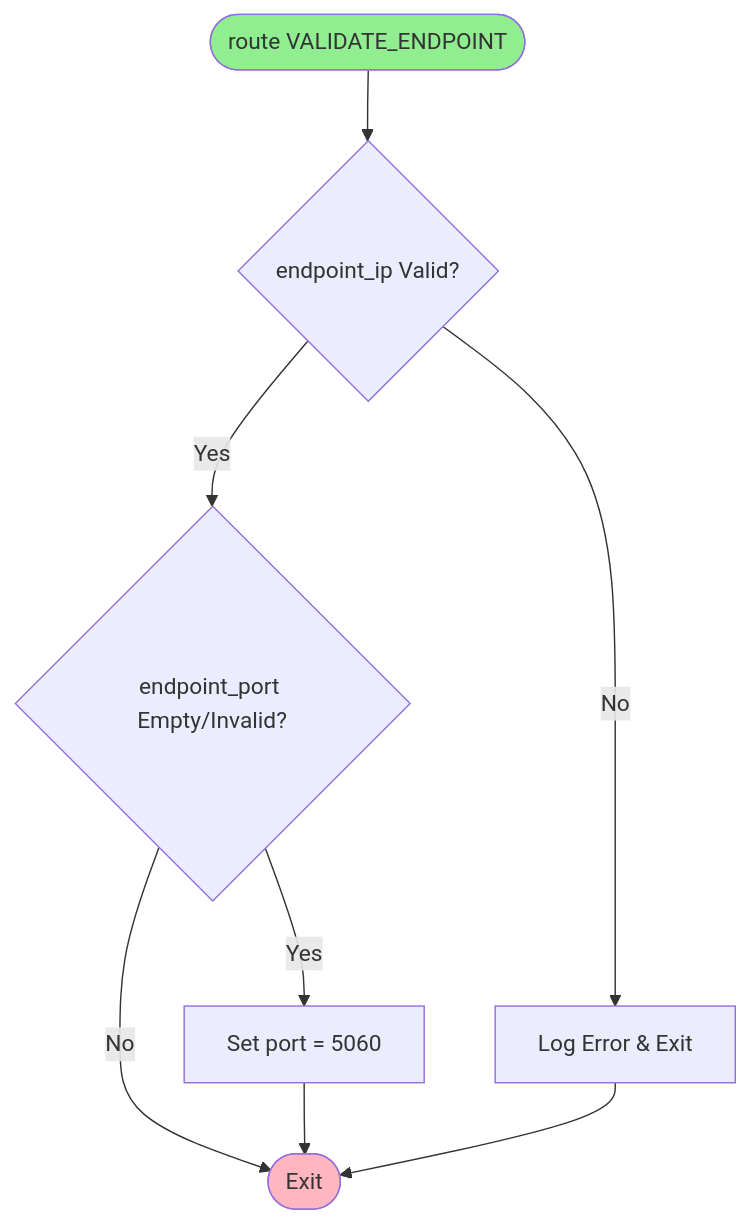
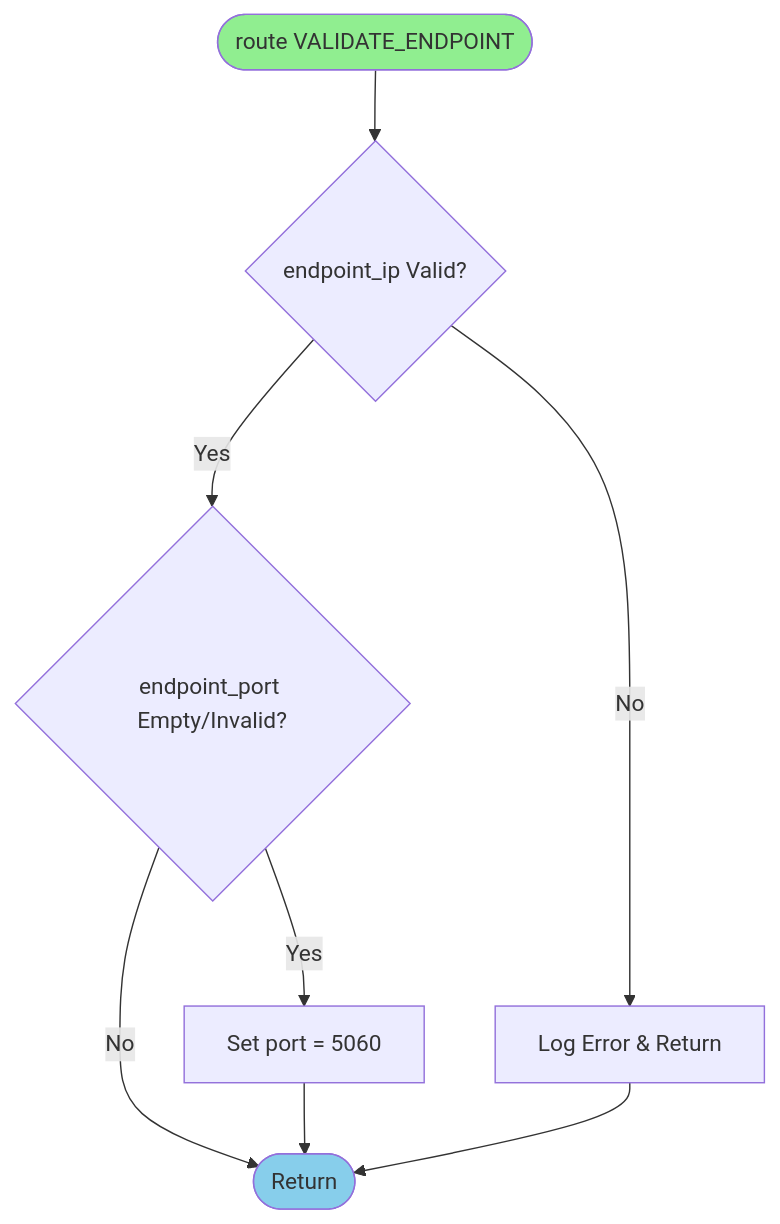
One commit to aelintra/pbx3sbc changed the third of 13 diagrams in docs/OPENSIPS-LOGIC-DIAGRAM.md. Above: the diagram before and after it, drawn with Mermaid. The commit also changed other lines of this file, not shown here.

First line of the commit message:
Update OPENSIPS-LOGIC-DIAGRAM to match current configuration

````diff
--- a/docs/OPENSIPS-LOGIC-DIAGRAM.md
+++ b/docs/OPENSIPS-LOGIC-DIAGRAM.md
@@ -120,13 +121,13 @@
 ```mermaid
 flowchart TD
     Start([route VALIDATE_ENDPOINT]) --> CheckIP{endpoint_ip Valid?}
-    CheckIP -->|No| LogError[Log Error & Exit]
+    CheckIP -->|No| LogError[Log Error & Return]
     CheckIP -->|Yes| CheckPort{endpoint_port Empty/Invalid?}
     CheckPort -->|Yes| SetDefaultPort[Set port = 5060]
-    CheckPort -->|No| End([Exit])
-    SetDefaultPort --> End
-    LogError --> End
+    CheckPort -->|No| Return1([Return])
+    SetDefaultPort --> Return1
+    LogError --> Return1
     
     style Start fill:#90EE90
-    style End fill:#FFB6C1
+    style Return1 fill:#87CEEB
 ```
````
